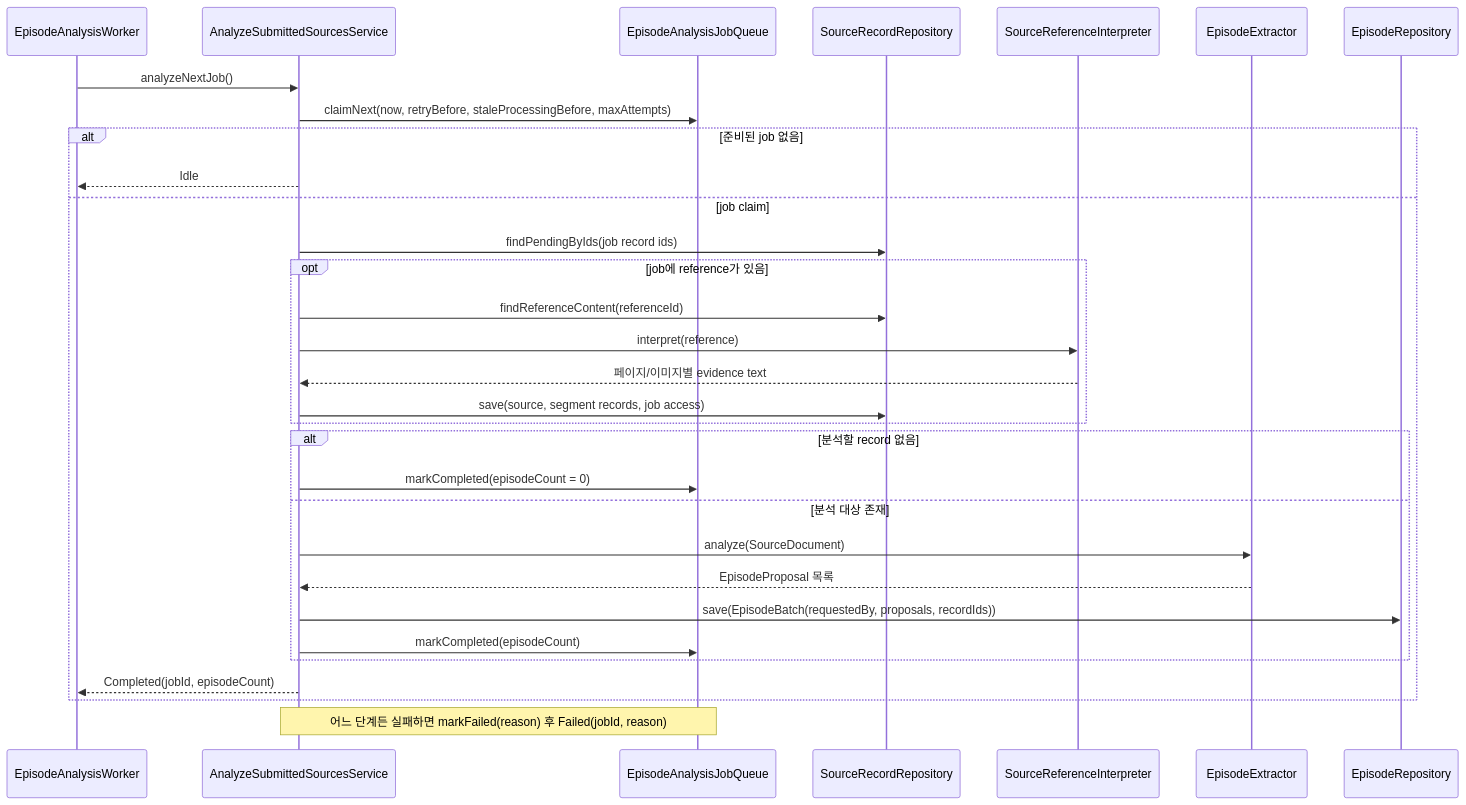
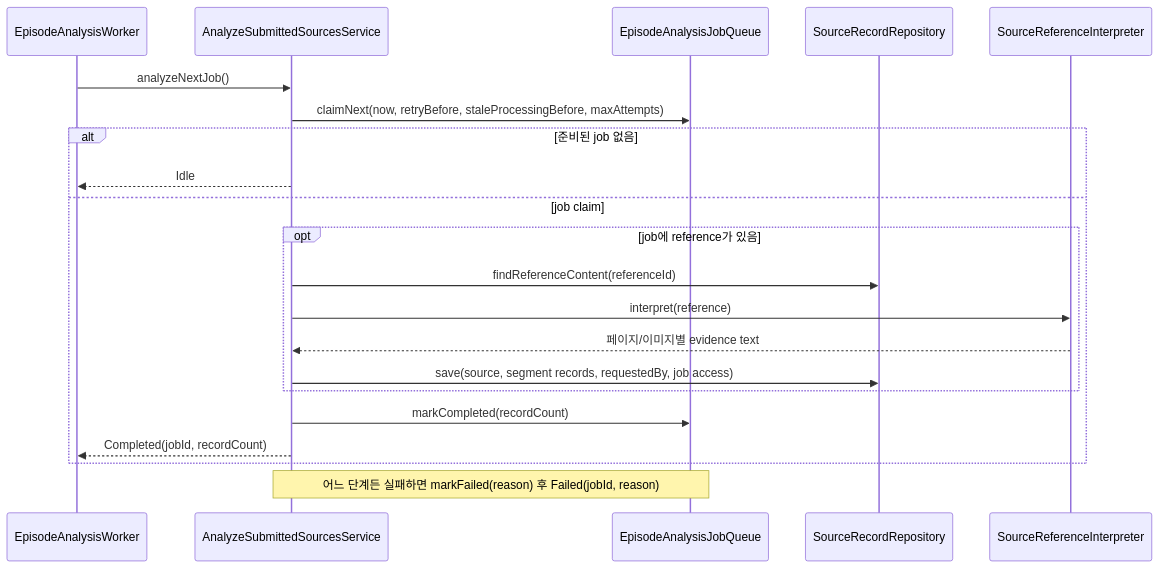
One commit to magenta1223/home_assistant changed the second of 2 diagrams in application/src/main/kotlin/com/homeassistant/application/usecase/memoryextraction/episode/README.md. Above: the diagram before and after it, drawn with Mermaid. The commit also changed other lines of this file and 44 other files, not shown here.

Commit message:
feat: Extract Episodes in the xMemory update from stored source records

````diff
--- a/application/src/main/kotlin/com/homeassistant/application/usecase/memoryextraction/episode/README.md
+++ b/application/src/main/kotlin/com/homeassistant/application/usecase/memoryextraction/episode/README.md
@@ -55,34 +56,24 @@
 ```mermaid
 sequenceDiagram
     participant Worker as EpisodeAnalysisWorker
     participant Round as AnalyzeSubmittedSourcesService
     participant Jobs as EpisodeAnalysisJobQueue
     participant Sources as SourceRecordRepository
     participant Reference as SourceReferenceInterpreter
-    participant Extractor as EpisodeExtractor
-    participant Episodes as EpisodeRepository
 
     Worker->>Round: analyzeNextJob()
     Round->>Jobs: claimNext(now, retryBefore, staleProcessingBefore, maxAttempts)
     alt 준비된 job 없음
         Round-->>Worker: Idle
     else job claim
-        Round->>Sources: findPendingByIds(job record ids)
         opt job에 reference가 있음
             Round->>Sources: findReferenceContent(referenceId)
             Round->>Reference: interpret(reference)
             Reference-->>Round: 페이지/이미지별 evidence text
-            Round->>Sources: save(source, segment records, job access)
+            Round->>Sources: save(source, segment records, requestedBy, job access)
         end
-        alt 분석할 record 없음
-            Round->>Jobs: markCompleted(episodeCount = 0)
-        else 분석 대상 존재
-            Round->>Extractor: analyze(SourceDocument)
-            Extractor-->>Round: EpisodeProposal 목록
-            Round->>Episodes: save(EpisodeBatch(requestedBy, proposals, recordIds))
-            Round->>Jobs: markCompleted(episodeCount)
-        end
-        Round-->>Worker: Completed(jobId, episodeCount)
+        Round->>Jobs: markCompleted(recordCount)
+        Round-->>Worker: Completed(jobId, recordCount)
     end
     Note over Round,Jobs: 어느 단계든 실패하면 markFailed(reason) 후 Failed(jobId, reason)
 ```
````
